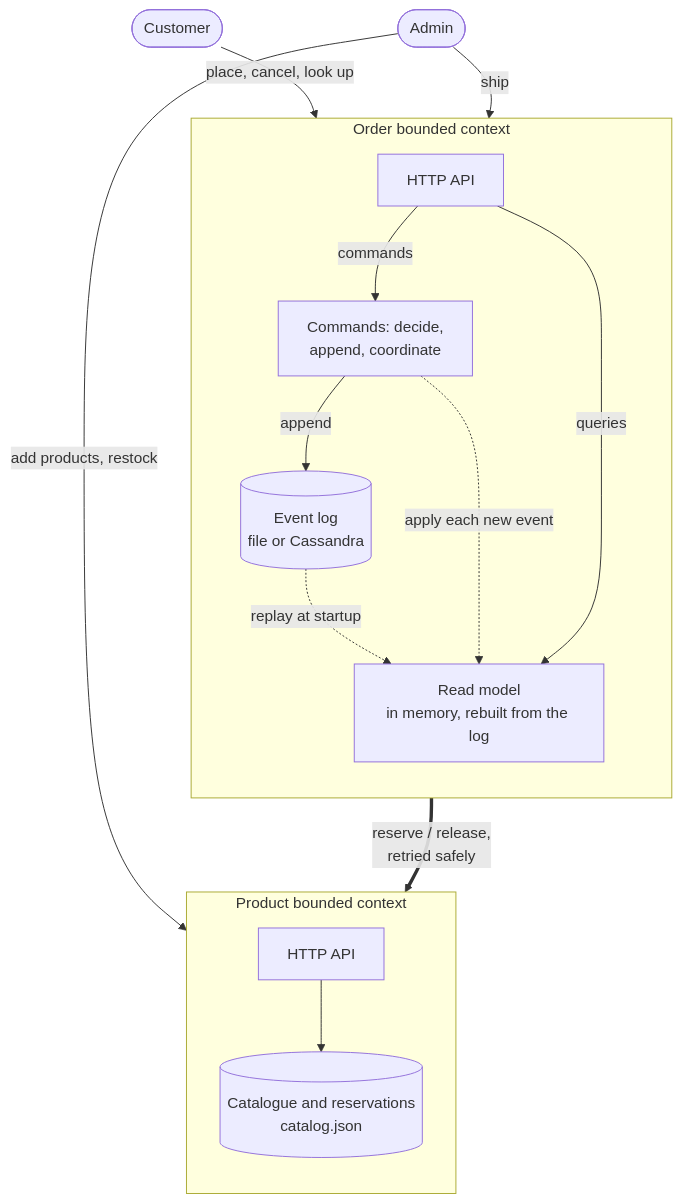
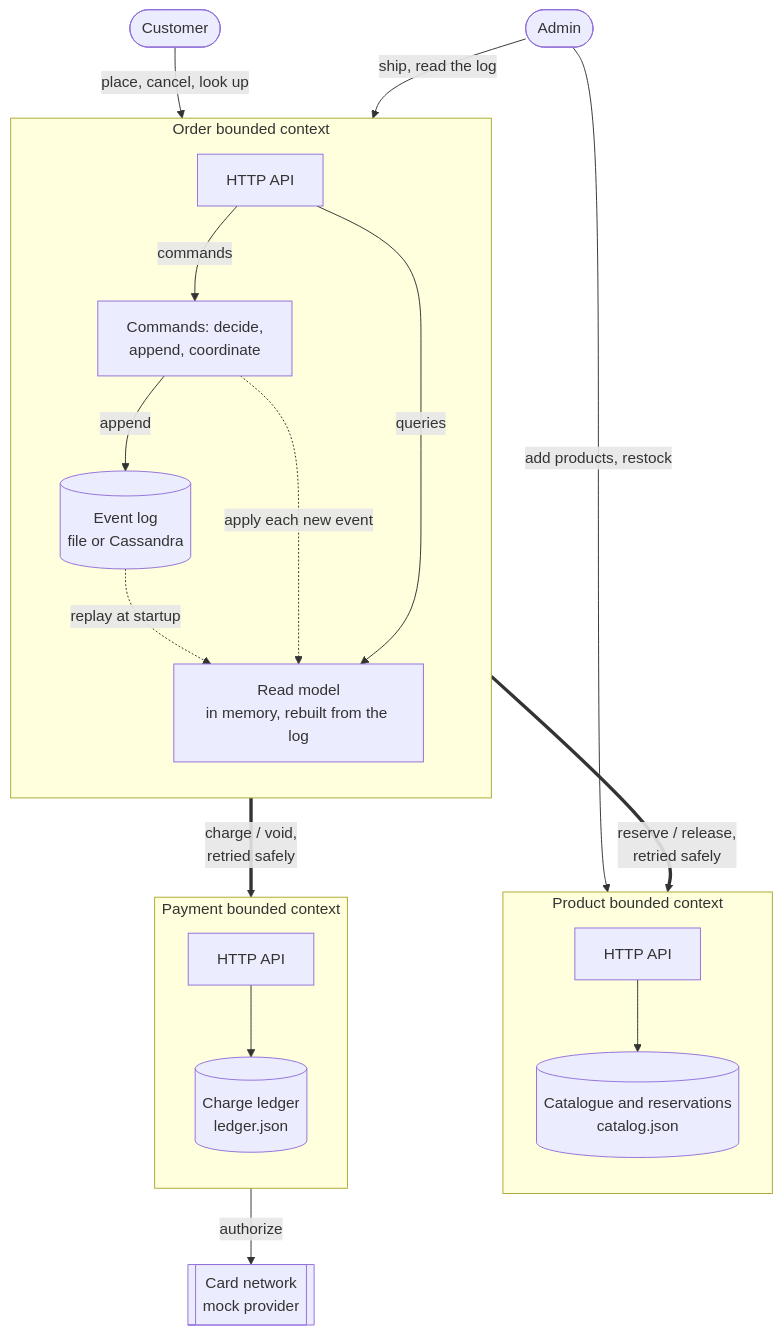
One commit to surabhis16/gocart changed the diagram in docs/diagrams/context.mmd. Above: the diagram before and after it, drawn with Mermaid. The commit also changed 76 other files, not shown here.

```diff
--- a/docs/diagrams/context.mmd
+++ b/docs/diagrams/context.mmd
@@ -1,28 +1,38 @@
 flowchart TB
     cust([Customer])
     admin([Admin])
+    card[[Card network<br/>mock provider]]
 
     subgraph order_ctx [Order bounded context]
         direction TB
         oapi[HTTP API]
         osvc[Commands: decide,<br/>append, coordinate]
         elog[(Event log<br/>file or Cassandra)]
         proj[Read model<br/>in memory, rebuilt from the log]
         oapi -->|commands| osvc
         osvc -->|append| elog
         elog -.->|replay at startup| proj
         osvc -.->|apply each new event| proj
         oapi -->|queries| proj
     end
 
     subgraph product_ctx [Product bounded context]
         direction TB
         papi[HTTP API]
         cat[(Catalogue and reservations<br/>catalog.json)]
         papi --> cat
     end
 
+    subgraph payment_ctx [Payment bounded context]
+        direction TB
+        payapi[HTTP API]
+        led[(Charge ledger<br/>ledger.json)]
+        payapi --> led
+    end
+
     cust -->|place, cancel, look up| oapi
-    admin -->|ship| oapi
+    admin -->|ship, read the log| oapi
     admin -->|add products, restock| papi
     osvc ==>|reserve / release,<br/>retried safely| papi
+    osvc ==>|charge / void,<br/>retried safely| payapi
+    led -->|authorize| card
```
